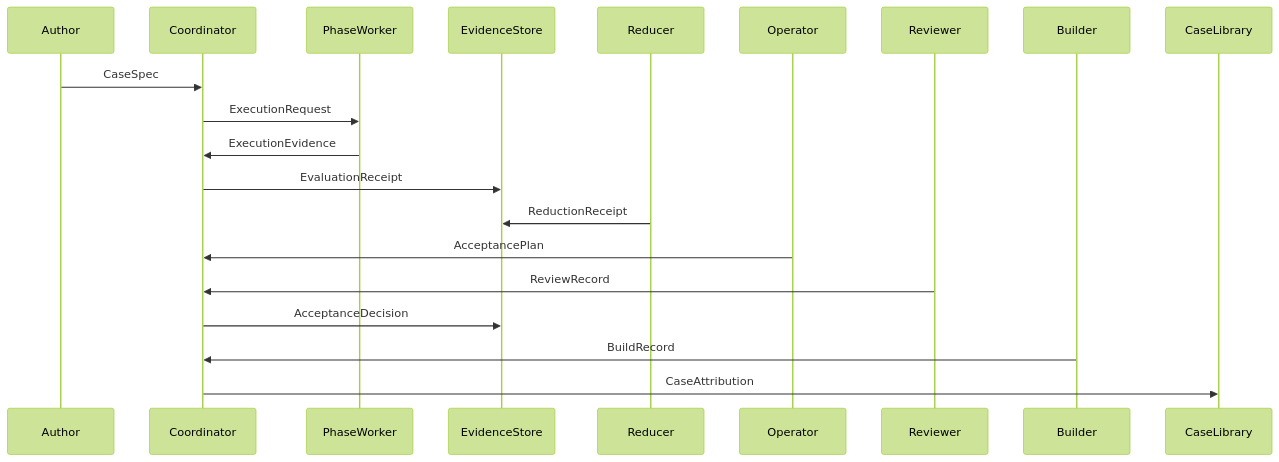
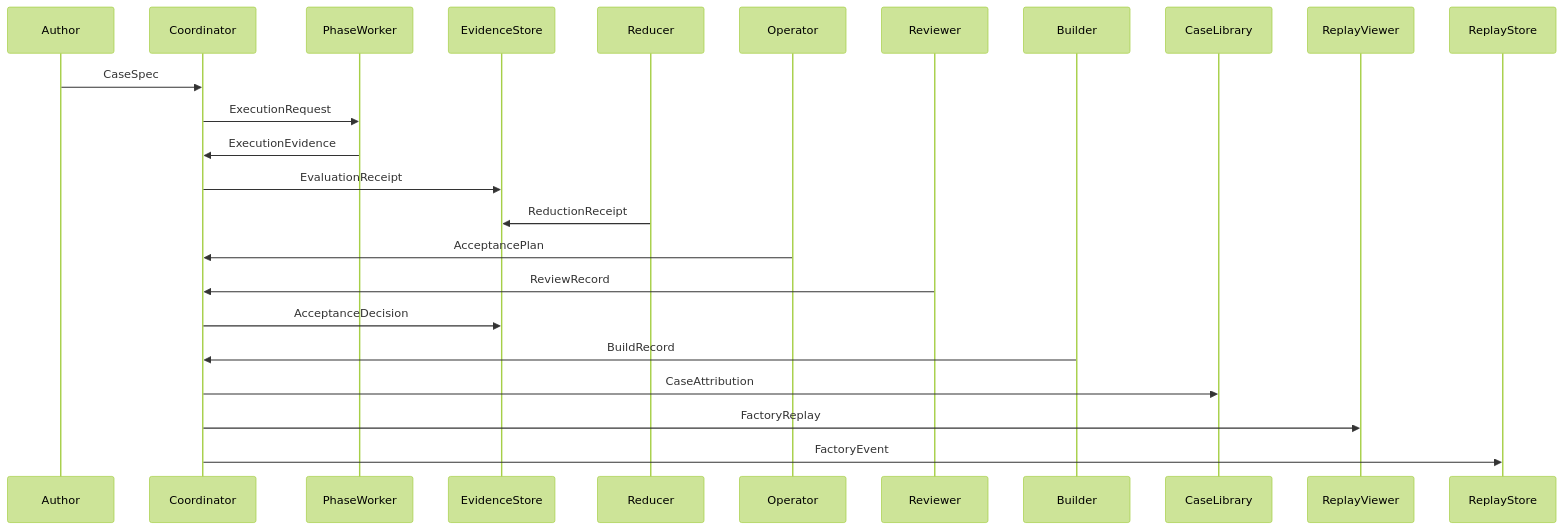
One commit to Metta-AI/coworld-mtg changed the diagram in docs/contracts/message-flow.mmd. Above: the diagram before and after it, drawn with Mermaid (forest theme). The commit also changed 8 other files, not shown here.

Commit message:
Add portable factory replay contracts and provenance validation

```diff
--- a/docs/contracts/message-flow.mmd
+++ b/docs/contracts/message-flow.mmd
@@ -1,11 +1,13 @@
 sequenceDiagram
     Author->>Coordinator: CaseSpec
     Coordinator->>PhaseWorker: ExecutionRequest
     PhaseWorker->>Coordinator: ExecutionEvidence
     Coordinator->>EvidenceStore: EvaluationReceipt
     Reducer->>EvidenceStore: ReductionReceipt
     Operator->>Coordinator: AcceptancePlan
     Reviewer->>Coordinator: ReviewRecord
     Coordinator->>EvidenceStore: AcceptanceDecision
     Builder->>Coordinator: BuildRecord
     Coordinator->>CaseLibrary: CaseAttribution
+    Coordinator->>ReplayViewer: FactoryReplay
+    Coordinator->>ReplayStore: FactoryEvent
```
